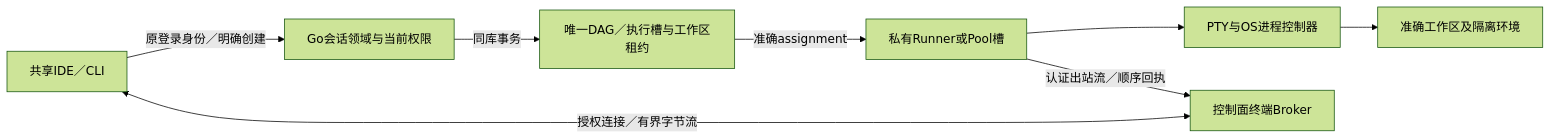
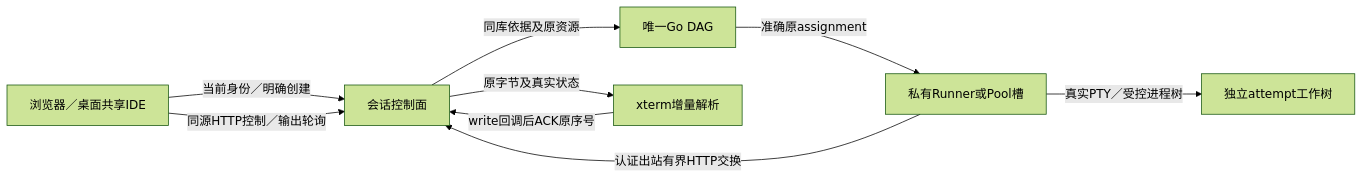
Before and after one commit to ai-mada/suma: the first of 2 diagrams in docs/architecture/interactive-terminal.md, drawn with Mermaid (forest theme). The commit also changed other lines of this file and 99 other files, not shown here.

````diff
--- a/docs/architecture/interactive-terminal.md
+++ b/docs/architecture/interactive-terminal.md
@@ -24,10 +11,11 @@
 ```mermaid
 flowchart LR
-  UI[共享IDE／CLI] -->|原登录身份／明确创建| Control[Go会话领域与当前权限]
-  Control -->|同库事务| DAG[唯一DAG／执行槽与工作区租约]
-  DAG -->|准确assignment| Runner[私有Runner或Pool槽]
-  Runner --> PTY[PTY与OS进程控制器]
-  Runner -->|认证出站流／顺序回执| Broker[控制面终端Broker]
-  UI <-->|授权连接／有界字节流| Broker
-  PTY --> Workspace[准确工作区及隔离环境]
+  UI[浏览器／桌面共享IDE] -->|当前身份／明确创建| CP[会话控制面]
+  CP -->|同库依据及原资源| DAG[唯一Go DAG]
+  DAG -->|准确原assignment| R[私有Runner或Pool槽]
+  R -->|真实PTY／受控进程树| W[独立attempt工作树]
+  R -->|认证出站有界HTTP交换| CP
+  UI -->|同源HTTP控制／输出轮询| CP
+  CP -->|原字节及真实状态| X[xterm增量解析]
+  X -->|write回调后ACK原序号| CP
 ```
````
